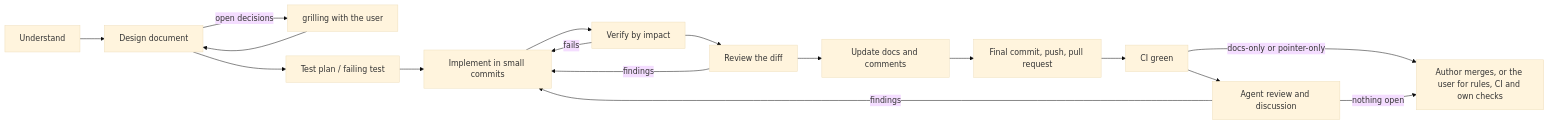
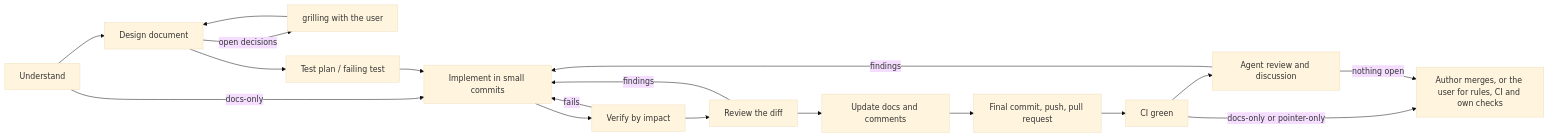
The first of 3 diagrams in docs/workflow.md (SMB-M87/Kinetra), drawn with Mermaid (base theme) before and after one commit. The commit also changed other lines of this file and 10 other files, not shown here.

````diff
--- a/docs/workflow.md
+++ b/docs/workflow.md
@@ -25,19 +25,20 @@
 ```mermaid
 flowchart LR
     U[Understand] --> D[Design document]
+    U -->|docs-only| I
     D -->|open decisions| G[grilling with the user]
     G --> D
     D --> T[Test plan / failing test]
     T --> I[Implement in small commits]
     I --> V[Verify by impact]
     V -->|fails| I
     V --> R[Review the diff]
     R -->|findings| I
     R --> Doc[Update docs and comments]
     Doc --> C[Final commit, push, pull request]
     C --> CI[CI green]
     CI -->|docs-only or pointer-only| M
     CI --> AR[Agent review and discussion]
     AR -->|findings| I
     AR -->|nothing open| M[Author merges, or the user for rules, CI and own checks]
 ```
````
